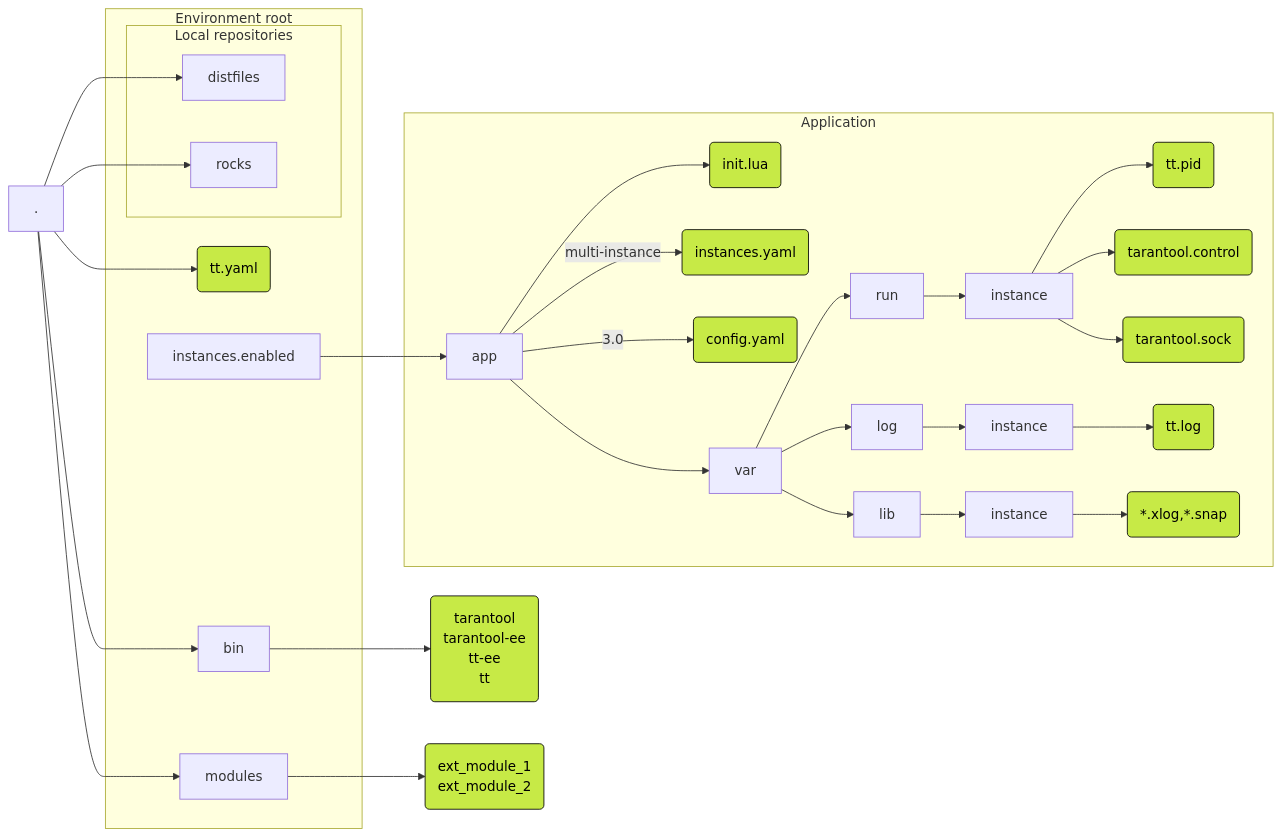
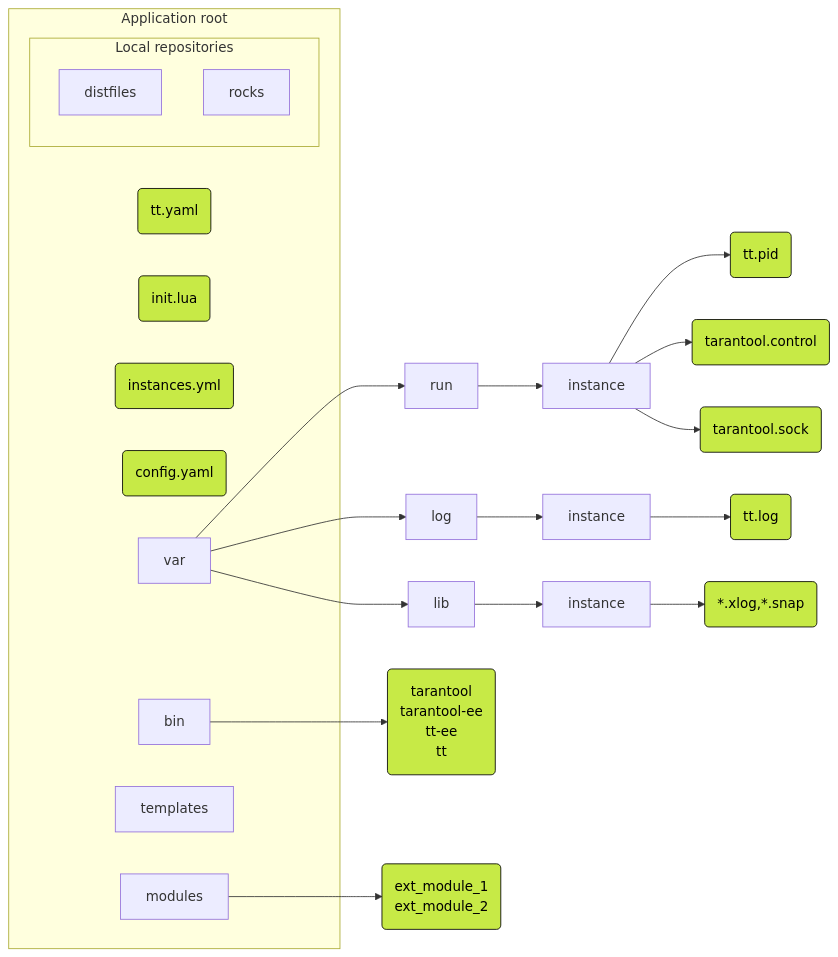
One commit to tarantool/tt changed the diagram in README.md. Above: the diagram before and after it, drawn with Mermaid. The commit also changed other lines of this file and 105 other files, not shown here.

First line of the commit message:
cli: remove instances.enabled dir

````diff
--- a/README.md
+++ b/README.md
@@ -65,44 +65,30 @@
 ```mermaid
 graph LR
     %% Colors %%
     classDef lime fill:#C7EA46,stroke:#000,color:#000
 
-    subgraph dot[Environment root]
-      config
+    subgraph dot[Application root]
+      config(tt.yaml):::lime
+      init(init.lua):::lime
+      instances(instances.yml):::lime
+      cluster_config(config.yaml):::lime
       bin
       modules
-      local_reps
-      inst_enabled[instances.enabled]
+      templates
+      var
+      subgraph local_reps[Local repositories]
+        dist[distfiles]
+        rocks[rocks]
+      end
     end
-    subgraph local_reps[Local repositories]
-      dist[distfiles]
-      rocks[rocks]
-    end
-    subgraph app1_files[Application]
-        app_dir[app]
-        app_dir --> init(init.lua):::lime
-        app_dir --> |multi-instance|instances(instances.yaml):::lime
-        app_dir --> |3.0|cluster_config(config.yaml):::lime
-        app_dir --> var[var]
-        var --> run[run] --> inst11[instance]
-        inst11 --> pid1(tt.pid):::lime
-        inst11 --> control1(tarantool.control):::lime
-        inst11 --> binary1(tarantool.sock):::lime
+    var --> run[run] --> inst11[instance]
+    inst11 --> pid1(tt.pid):::lime
+    inst11 --> control1(tarantool.control):::lime
+    inst11 --> binary1(tarantool.sock):::lime
 
-        var --> log1[log] --> inst12[instance] --> logfile1(tt.log):::lime
-
-        var --> lib1[lib] --> inst13[instance]--> xlogs1(*.xlog,*.snap):::lime
-    end
-
-    root[.] --> config(tt.yaml):::lime
+    var --> log1[log] --> inst12[instance] --> logfile1(tt.log):::lime
+    var --> lib1[lib] --> inst13[instance] --> xlogs1(*.xlog,*.snap):::lime
 
     bin --> bin_dir(tarantool<br/>tarantool-ee<br/>tt-ee<br/>tt):::lime
-    root --> bin[bin]
-
     modules --> modules_dir(ext_module_1<br/>ext_module_2):::lime
-    root --> modules[modules]
-
-    root --> dist
-    root --> rocks
-    inst_enabled --> app_dir
 ```
````
